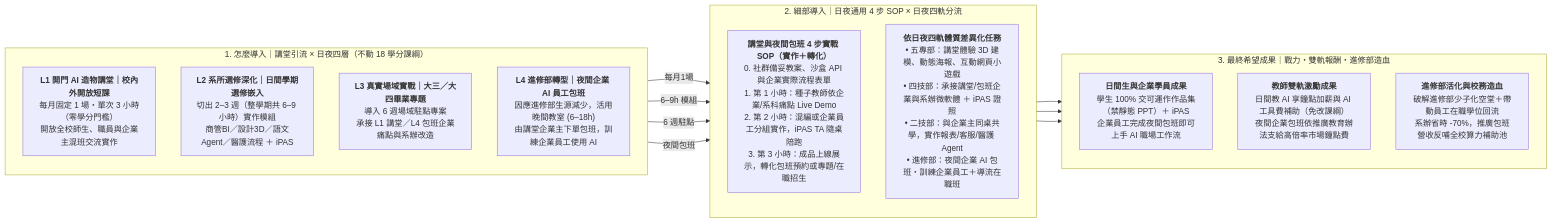
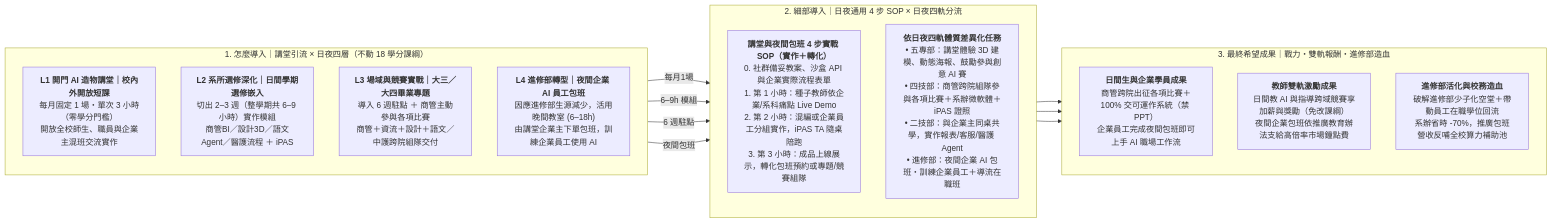
Before and after one commit to nutcelvischen-jpg/nutc-ai-open-door: the second of 4 diagrams in README.md, drawn with Mermaid. The commit also changed other lines of this file and 2 other files, not shown here.

Commit message:
feat: embed business school multi-competition and cross-disciplinary team training mechanism

````diff
--- a/README.md
+++ b/README.md
@@ -58,31 +58,31 @@
 ```mermaid
 flowchart LR
     subgraph ENTRY["1. 怎麼導入｜講堂引流 × 日夜四層（不動 18 學分課綱）"]
         direction TB
         E_L1["<b>L1 開門 AI 造物講堂｜校內外開放短課</b><br/>每月固定 1 場・單次 3 小時（零學分門檻）<br/>開放全校師生、職員與企業主混班交流實作"]
         E_L2["<b>L2 系所選修深化｜日間學期選修嵌入</b><br/>切出 2–3 週（整學期共 6–9 小時）實作模組<br/>商管BI／設計3D／語文Agent／醫護流程 ＋ iPAS"]
-        E_L3["<b>L3 真實場域實戰｜大三／大四畢業專題</b><br/>導入 6 週場域駐點專案<br/>承接 L1 講堂／L4 包班企業痛點與系辦改造"]
+        E_L3["<b>L3 場域與競賽實戰｜大三／大四畢業專題</b><br/>導入 6 週駐點 ＋ 商管主動參與各項比賽<br/>商管＋資流＋設計＋語文／中護跨院組隊交付"]
         E_L4["<b>L4 進修部轉型｜夜間企業 AI 員工包班</b><br/>因應進修部生源減少，活用晚間教室 (6–18h)<br/>由講堂企業主下單包班，訓練企業員工使用 AI"]
     end
 
     subgraph DETAIL["2. 細部導入｜日夜通用 4 步 SOP × 日夜四軌分流"]
         direction TB
-        SOP["<b>講堂與夜間包班 4 步實戰 SOP（實作＋轉化）</b><br/>0. 社群備妥教案、沙盒 API 與企業實際流程表單<br/>1. 第 1 小時：種子教師依企業/系科痛點 Live Demo<br/>2. 第 2 小時：混編或企業員工分組實作，iPAS TA 隨桌陪跑<br/>3. 第 3 小時：成品上線展示，轉化包班預約或專題/在職招生"]
-        TRK["<b>依日夜四軌體質差異化任務</b><br/>• 五專部：講堂體驗 3D 建模、動態海報、互動網頁小遊戲<br/>• 四技部：承接講堂/包班企業與系辦微軟體 ＋ iPAS 證照<br/>• 二技部：與企業主同桌共學，實作報表/客服/醫護 Agent<br/>• 進修部：夜間企業 AI 包班・訓練企業員工＋導流在職班"]
+        SOP["<b>講堂與夜間包班 4 步實戰 SOP（實作＋轉化）</b><br/>0. 社群備妥教案、沙盒 API 與企業實際流程表單<br/>1. 第 1 小時：種子教師依企業/系科痛點 Live Demo<br/>2. 第 2 小時：混編或企業員工分組實作，iPAS TA 隨桌陪跑<br/>3. 第 3 小時：成品上線展示，轉化包班預約或專題/競賽組隊"]
+        TRK["<b>依日夜四軌體質差異化任務</b><br/>• 五專部：講堂體驗 3D 建模、動態海報、鼓勵參與創意 AI 賽<br/>• 四技部：商管跨院組隊參與各項比賽＋系辦微軟體＋iPAS 證照<br/>• 二技部：與企業主同桌共學，實作報表/客服/醫護 Agent<br/>• 進修部：夜間企業 AI 包班・訓練企業員工＋導流在職班"]
     end
 
     subgraph OUT["3. 最終希望成果｜戰力・雙軌報酬・進修部造血"]
         direction TB
-        O_STU["<b>日間生與企業學員成果</b><br/>學生 100% 交可運作作品集（禁靜態 PPT）＋ iPAS<br/>企業員工完成夜間包班即可上手 AI 職場工作流"]
-        O_TEA["<b>教師雙軌激勵成果</b><br/>日間教 AI 享鐘點加薪與 AI 工具費補助（免改課綱）<br/>夜間企業包班依推廣教育辦法支給高倍率市場鐘點費"]
+        O_STU["<b>日間生與企業學員成果</b><br/>商管跨院出征各項比賽＋100% 交可運作系統（禁 PPT）<br/>企業員工完成夜間包班即可上手 AI 職場工作流"]
+        O_TEA["<b>教師雙軌激勵成果</b><br/>日間教 AI 與指導跨域競賽享加薪與獎勵（免改課綱）<br/>夜間企業包班依推廣教育辦法支給高倍率市場鐘點費"]
         O_SCH["<b>進修部活化與校務造血</b><br/>破解進修部少子化空堂＋帶動員工在職學位回流<br/>系辦省時 -70%，推廣包班營收反哺全校算力補助池"]
     end
 
     E_L1 -->|"每月1場"| SOP
     E_L2 -->|"6–9h 模組"| SOP
     E_L3 -->|"6 週駐點"| TRK
     E_L4 -->|"夜間包班"| TRK
     SOP --> O_STU
     SOP --> O_TEA
     TRK --> O_SCH
 ```
````
